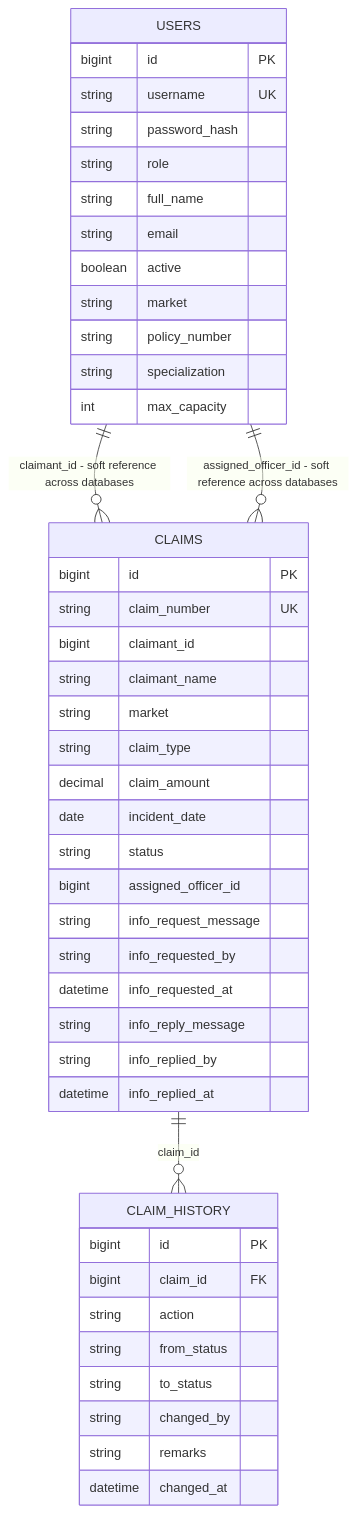
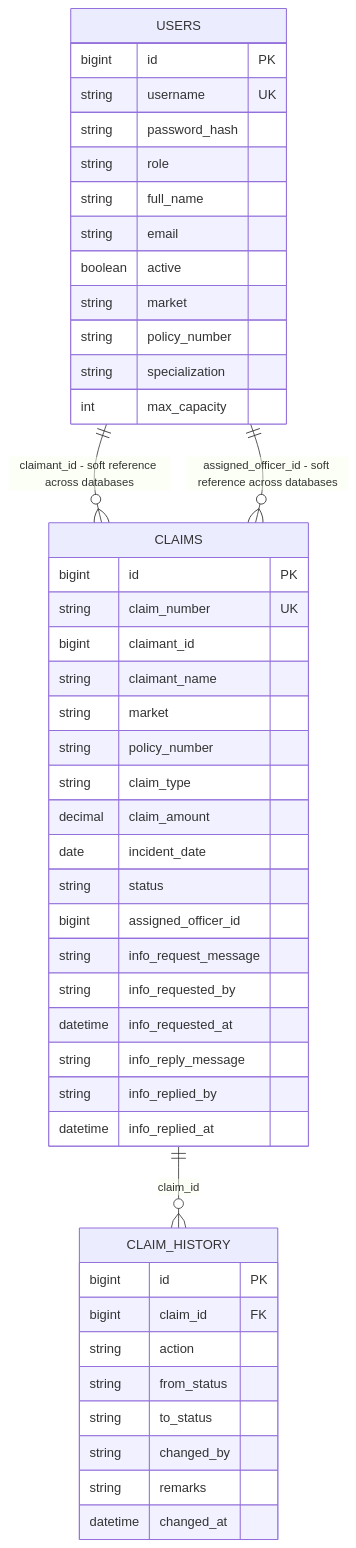
One commit to Sivasankar1814/Chubb_assessment changed the third of 5 diagrams in architecture.md. Above: the diagram before and after it, drawn with Mermaid. The commit also changed other lines of this file and 12 other files, not shown here.

````diff
--- a/architecture.md
+++ b/architecture.md
@@ -182,47 +222,48 @@
 ```mermaid
 erDiagram
     USERS {
         bigint id PK
         string username UK
         string password_hash
         string role
         string full_name
         string email
         boolean active
         string market
         string policy_number
         string specialization
         int max_capacity
     }
     CLAIMS {
         bigint id PK
         string claim_number UK
         bigint claimant_id
         string claimant_name
         string market
+        string policy_number
         string claim_type
         decimal claim_amount
         date incident_date
         string status
         bigint assigned_officer_id
         string info_request_message
         string info_requested_by
         datetime info_requested_at
         string info_reply_message
         string info_replied_by
         datetime info_replied_at
     }
     CLAIM_HISTORY {
         bigint id PK
         bigint claim_id FK
         string action
         string from_status
         string to_status
         string changed_by
         string remarks
         datetime changed_at
     }
     USERS ||--o{ CLAIMS : "claimant_id - soft reference across databases"
     USERS ||--o{ CLAIMS : "assigned_officer_id - soft reference across databases"
     CLAIMS ||--o{ CLAIM_HISTORY : "claim_id"
 ```
````
